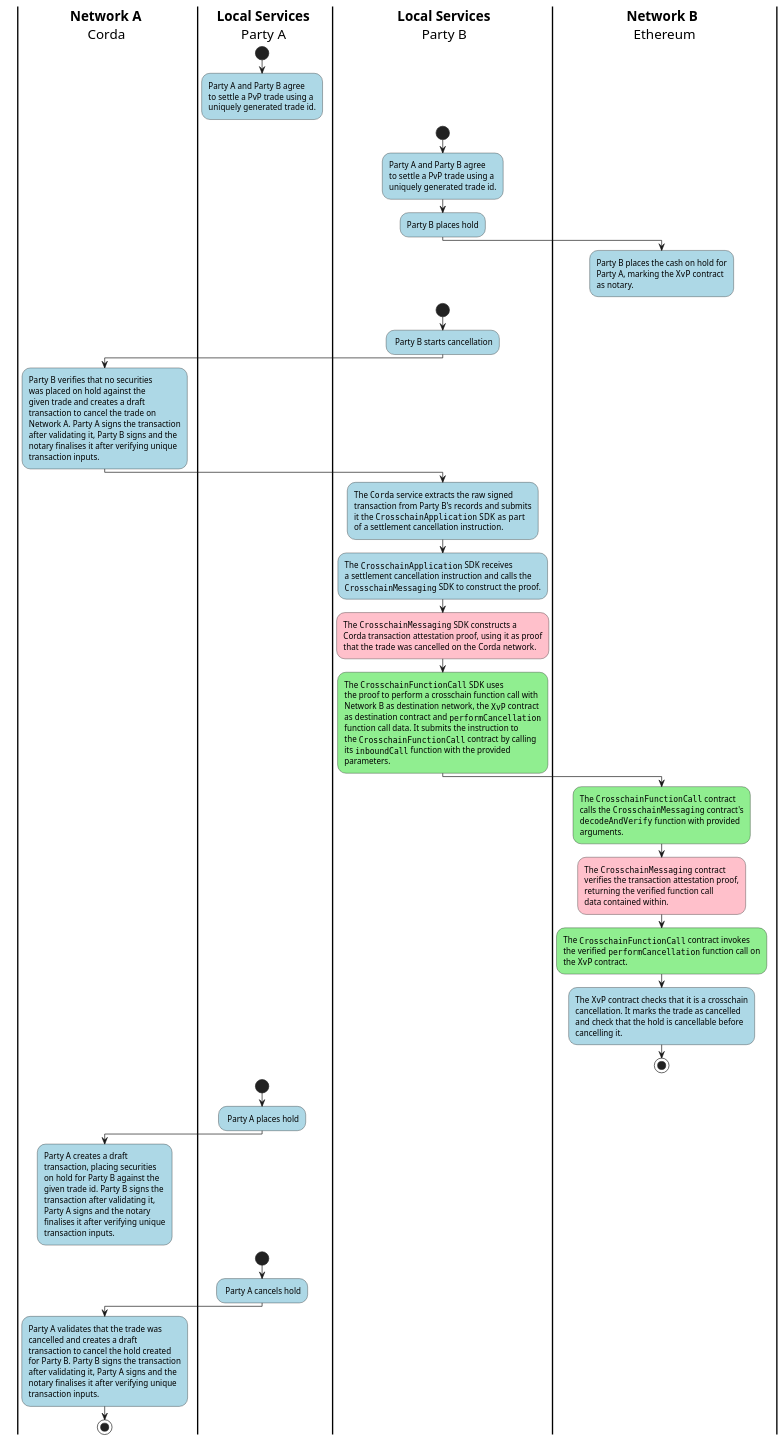
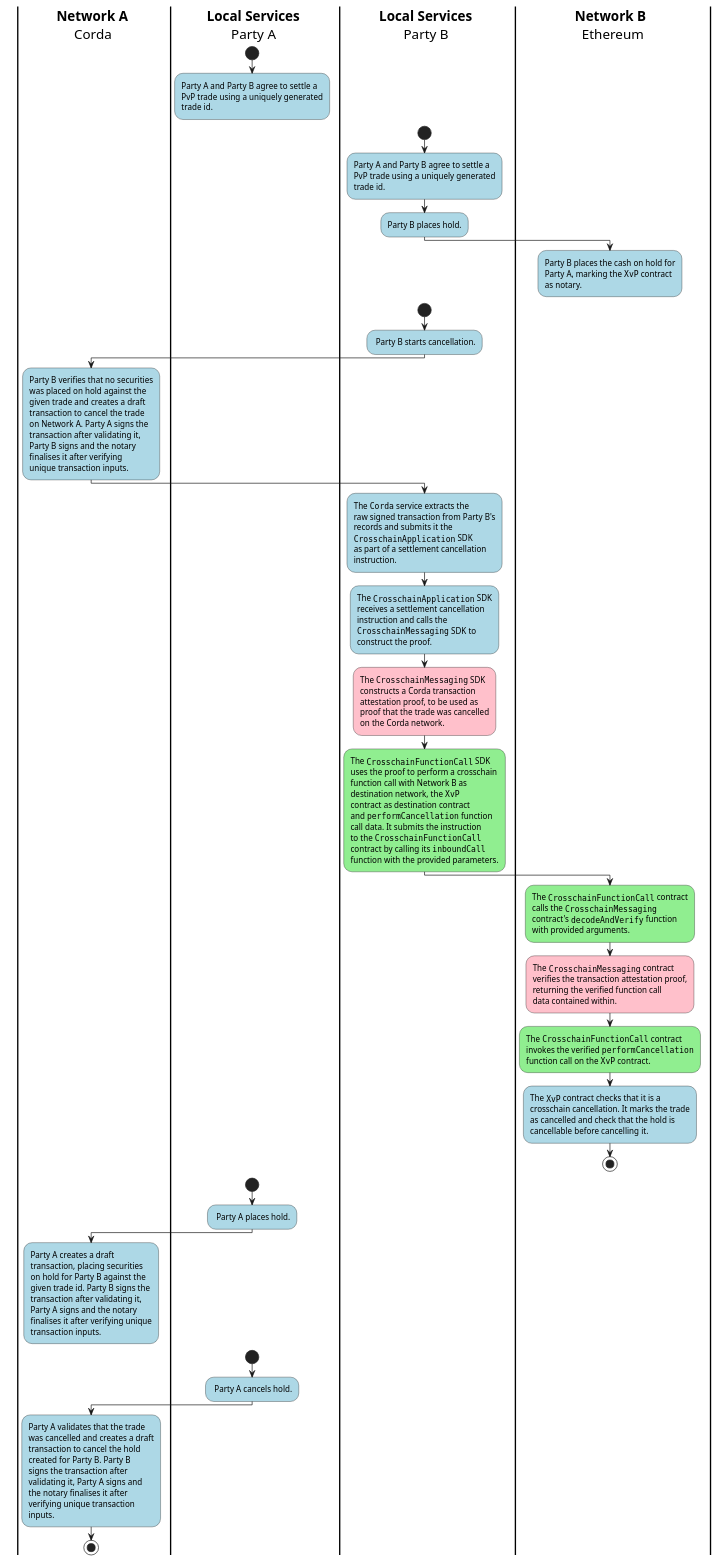
Before and after one commit to hyperledger-labs/harmonia: the diagram in docs/adhara/img/dvp_cancellation_on_corda.puml, drawn with PlantUML. The commit also changed 18 other files, not shown here.

```diff
--- a/docs/adhara/img/dvp_cancellation_on_corda.puml
+++ b/docs/adhara/img/dvp_cancellation_on_corda.puml
@@ -1,134 +1,145 @@
 @startuml 2_3_2_dvp_cancellation_on_lead_ledger_activity_diagram
 skinparam ActivityBackgroundColor LightBlue
 skinparam activityDiamondBackgroundColor transparent
 skinparam defaultTextAlignment left
 skinparam shadowing false
 skinparam Swimlane {
   TitleFontColor black
   TitleFontSize 20
   BorderColor black
   BorderThickness 2
-  width same
+  width 500
 }
 
 | **Network A**\n      Corda |
 | **Local Services**\n        Party A |
 | **Local Services**\n        Party B |
 | **Local Services**\n        Party A |
 
   start
-  :Party A and Party B agree
-  to settle a PvP trade using a
-  uniquely generated trade id.;
+  :Party A and Party B agree to settle a
+  PvP trade using a uniquely generated
+  trade id.;
   detach
 
 | **Local Services**\n        Party B |
 
   start
-  :Party A and Party B agree
-  to settle a PvP trade using a
-  uniquely generated trade id.;
-  :Party B places hold;
+  :Party A and Party B agree to settle a
+  PvP trade using a uniquely generated
+  trade id.;
+  :Party B places hold.;
 
 | **Network B**\n   Ethereum |
 
   :Party B places the cash on hold for
   Party A, marking the ""XvP"" contract
   as notary.;
   detach
 
 | **Local Services**\n        Party B |
 
   start
-  : Party B starts cancellation;
+  : Party B starts cancellation.;
 
 | **Network A**\n      Corda |
 
   :Party B verifies that no securities
   was placed on hold against the
   given trade and creates a draft
-  transaction to cancel the trade on
-  Network A. Party A signs the transaction
-  after validating it, Party B signs and the
-  notary finalises it after verifying unique
-  transaction inputs.;
+  transaction to cancel the trade
+  on Network A. Party A signs the
+  transaction after validating it,
+  Party B signs and the notary
+  finalises it after verifying
+  unique transaction inputs.;
 '  stop
 
 | **Local Services**\n        Party B |
 
 '  start
-  :The ""Corda"" service extracts the raw signed
-  transaction from Party B's records and submits
-  it the ""CrosschainApplication"" SDK  as part
-  of a settlement cancellation instruction.;
+  :The ""Corda"" service extracts the
+  raw signed transaction from Party B's
+  records and submits it the
+  ""CrosschainApplication"" SDK
+  as part of a settlement cancellation
+  instruction.;
 
-  :The ""CrosschainApplication"" SDK receives
-  a settlement cancellation instruction and calls the
-  ""CrosschainMessaging"" SDK to construct the proof.;
+  :The ""CrosschainApplication"" SDK
+  receives a settlement cancellation
+  instruction and calls the
+  ""CrosschainMessaging"" SDK to
+  construct the proof.;
 
-  #Pink:The ""CrosschainMessaging"" SDK constructs a
-  Corda transaction attestation proof, using it as proof
-  that the trade was cancelled on the Corda network.;
+  #Pink:The ""CrosschainMessaging"" SDK
+  constructs a Corda transaction
+  attestation proof, to be used as
+  proof that the trade was cancelled
+  on the Corda network.;
 
-  #lightGreen:The ""CrosschainFunctionCall"" SDK uses
-  the proof to perform a crosschain function call with
-  Network B as destination network, the ""XvP"" contract
-  as destination contract and ""performCancellation""
-  function call data. It submits the instruction to
-  the ""CrosschainFunctionCall"" contract by calling
-  its ""inboundCall"" function with the provided
-  parameters.;
+  #lightGreen:The ""CrosschainFunctionCall"" SDK
+  uses the proof to perform a crosschain
+  function call with Network B as
+  destination network, the ""XvP""
+  contract as destination contract
+  and ""performCancellation"" function
+  call data. It submits the instruction
+  to the ""CrosschainFunctionCall""
+  contract by calling its ""inboundCall""
+  function with the provided parameters.;
 
 | **Network B**\n   Ethereum |
 
   #lightGreen:The ""CrosschainFunctionCall"" contract
-  calls the ""CrosschainMessaging"" contract's
-  ""decodeAndVerify"" function with provided
-  arguments.;
+  calls the ""CrosschainMessaging""
+  contract's ""decodeAndVerify"" function
+  with provided arguments.;
   #Pink:The ""CrosschainMessaging"" contract
   verifies the transaction attestation proof,
   returning the verified function call
   data contained within.;
-  #lightGreen:The ""CrosschainFunctionCall"" contract invokes
-  the verified ""performCancellation"" function call on
-  the ""XvP"" contract.;
-  :The ""XvP"" contract checks that it is a crosschain
-  cancellation. It marks the trade as cancelled
-  and check that the hold is cancellable before
-  cancelling it.;
+  #lightGreen:The ""CrosschainFunctionCall"" contract
+  invokes the verified ""performCancellation""
+  function call on the ""XvP"" contract.;
+  :The ""XvP"" contract checks that it is a
+  crosschain cancellation. It marks the trade
+  as cancelled and check that the hold is
+  cancellable before cancelling it.;
   stop
 
 | **Local Services**\n        Party A |
 
   start
-  : Party A places hold;
+  : Party A places hold.;
 
 | **Network A**\n      Corda |
 
   :Party A creates a draft
   transaction, placing securities
   on hold for Party B against the
   given trade id. Party B signs the
   transaction after validating it,
   Party A signs and the notary
   finalises it after verifying unique
   transaction inputs.;
   detach
 
 | **Local Services**\n        Party A |
 
   start
-  : Party A cancels hold;
+  : Party A cancels hold.;
 
 | **Network A**\n      Corda |
 
-  :Party A validates that the trade was
-  cancelled and creates a draft
-  transaction to cancel the hold created
-  for Party B. Party B signs the transaction
-  after validating it, Party A signs and the
-  notary finalises it after verifying unique
-  transaction inputs.;
+  :Party A validates that the trade
+  was cancelled and creates a draft
+  transaction to cancel the hold
+  created for Party B. Party B
+  signs the transaction after
+  validating it, Party A signs and
+  the notary finalises it after
+  verifying unique transaction
+  inputs.;
   stop
 
 @enduml
```
